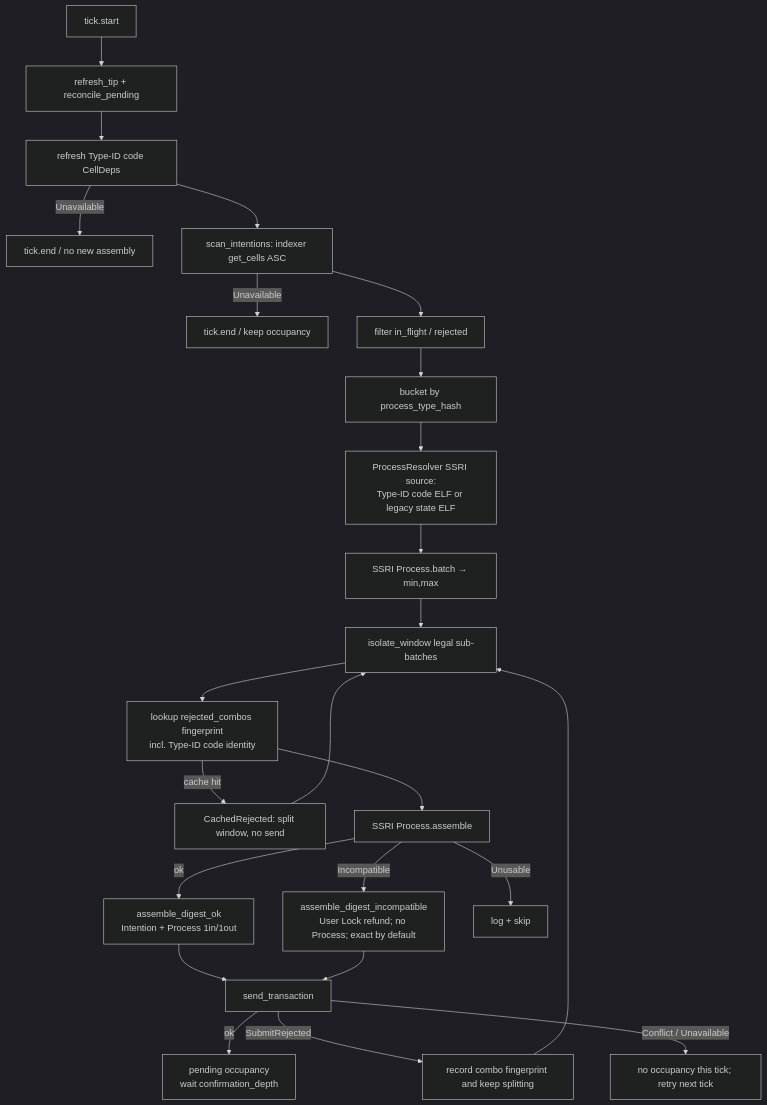
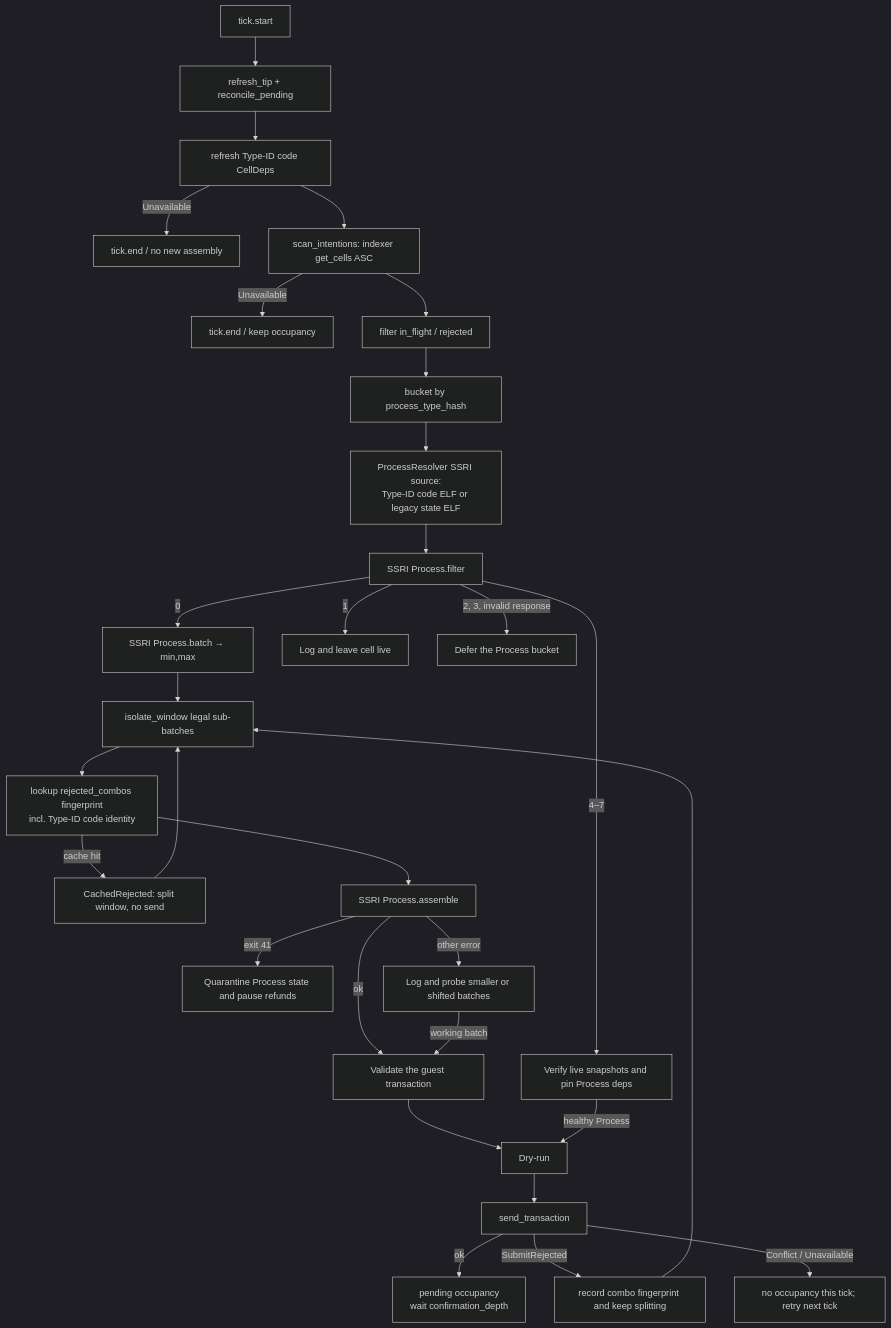
The diagram in README.md (ashuralyk/ckb-cid-backend-server), drawn with Mermaid (dark theme) before and after one commit. The commit also changed other lines of this file and 13 other files, not shown here.

Commit message:
feat: refund only on filter reasons 4-7; assemble exits isolate and alert without refund

````diff
--- a/README.md
+++ b/README.md
@@ -200,26 +199,32 @@
 ```mermaid
 flowchart TD
   start["tick.start"] --> tip["refresh_tip + reconcile_pending"]
   tip --> deps["refresh Type-ID code CellDeps"]
   deps -->|Unavailable| endEarly["tick.end / no new assembly"]
   deps --> scan["scan_intentions: indexer get_cells ASC"]
   scan -->|Unavailable| endScan["tick.end / keep occupancy"]
   scan --> filter["filter in_flight / rejected"]
   filter --> bucket["bucket by process_type_hash"]
   bucket --> resolve["ProcessResolver SSRI source:<br/>Type-ID code ELF or legacy state ELF"]
-  resolve --> bounds["SSRI Process.batch → min,max"]
+  resolve --> verdict["SSRI Process.filter"]
+  verdict -->|0| bounds["SSRI Process.batch → min,max"]
+  verdict -->|1| logOnly["Log and leave cell live"]
+  verdict -->|4–7| refund["Verify live snapshots and pin Process deps"]
+  verdict -->|2, 3, invalid response| deferred["Defer the Process bucket"]
   bounds --> isolate["isolate_window legal sub-batches"]
   isolate --> peek["lookup rejected_combos fingerprint<br/>incl. Type-ID code identity"]
   peek -->|cache hit| split["CachedRejected: split window, no send"]
   peek --> assemble["SSRI Process.assemble"]
-  assemble -->|ok| dok["assemble_digest_ok<br/>Intention + Process 1in/1out"]
-  assemble -->|Incompatible| dinc["assemble_digest_incompatible<br/>User Lock refund; no Process; exact by default"]
-  assemble -->|Unusable| skip["log + skip"]
-  dok --> send["send_transaction"]
-  dinc --> send
+  assemble -->|ok| dok["Validate the guest transaction"]
+  assemble -->|exit 41| quarantine["Quarantine Process state and pause refunds"]
+  assemble -->|other error| probe["Log and probe smaller or shifted batches"]
+  probe -->|working batch| dok
+  dok --> gate["Dry-run"]
+  refund -->|healthy Process| gate
+  gate --> send["send_transaction"]
   send -->|ok| pending["pending occupancy<br/>wait confirmation_depth"]
   send -->|SubmitRejected| combo["record combo fingerprint and keep splitting"]
   send -->|Conflict / Unavailable| retry["no occupancy this tick; retry next tick"]
   split --> isolate
   combo --> isolate
 ```
````
